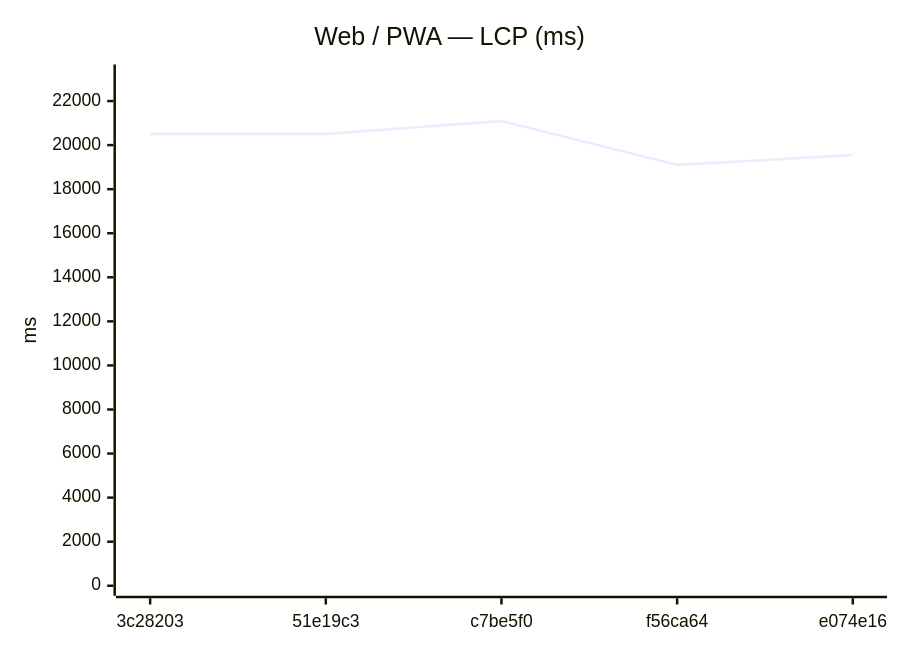
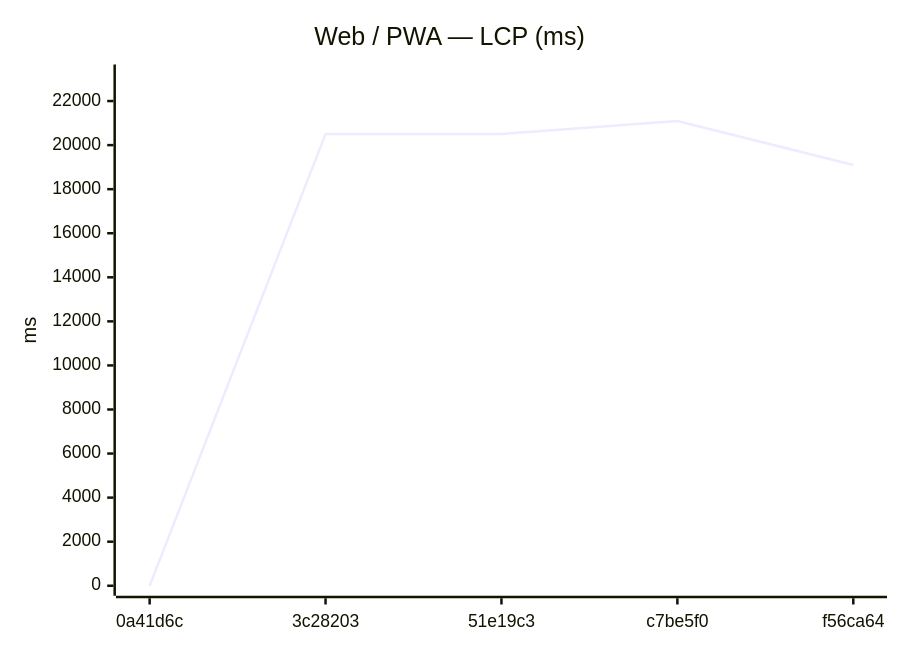
The seventh of 18 diagrams in benchmarks/compare.md (Metaheurist/Rianell), drawn with Mermaid before and after one commit. The commit also changed other lines of this file and 11 other files, not shown here.

````diff
--- a/benchmarks/compare.md
+++ b/benchmarks/compare.md
@@ -117,7 +117,7 @@
 ```mermaid
 xychart-beta
     title "Web / PWA — LCP (ms)"
-    x-axis ["3c28203", "51e19c3", "c7be5f0", "f56ca64", "e074e16"]
+    x-axis ["0a41d6c", "3c28203", "51e19c3", "c7be5f0", "f56ca64"]
     y-axis "ms" 0 --> 23205
-    line [20503, 20509, 21095, 19101, 19549]
+    line [0, 20503, 20509, 21095, 19101]
 ```
````
